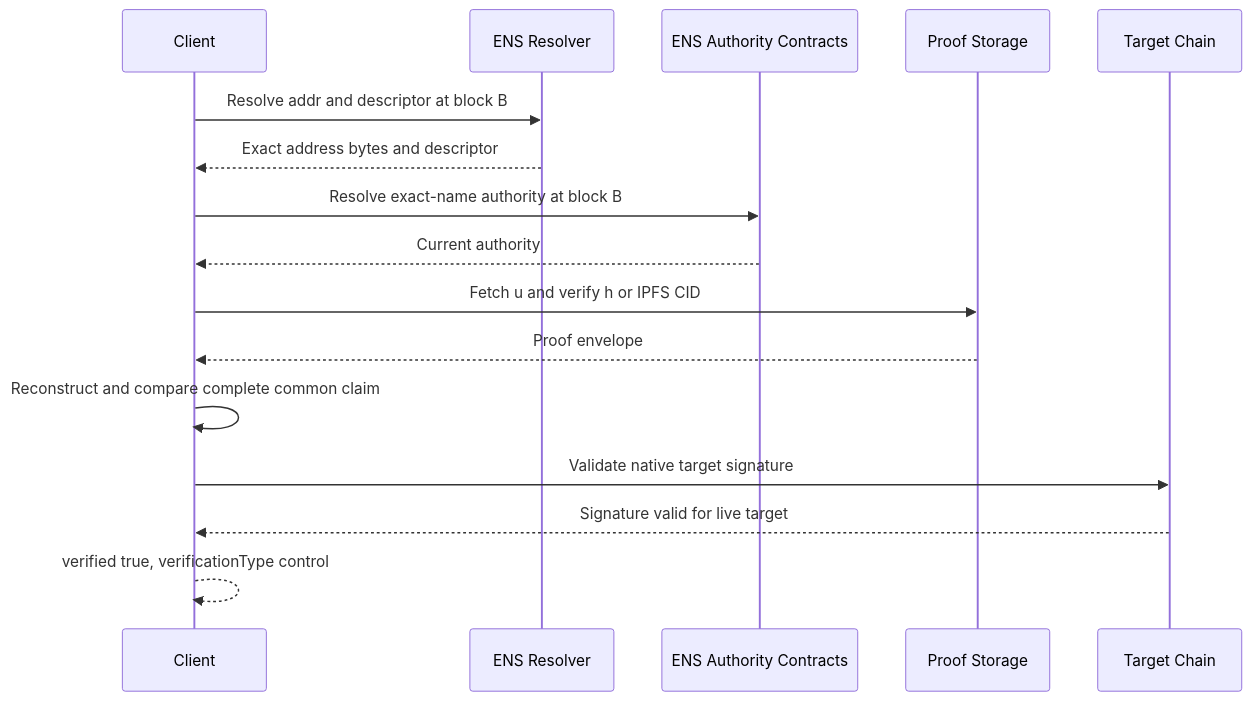
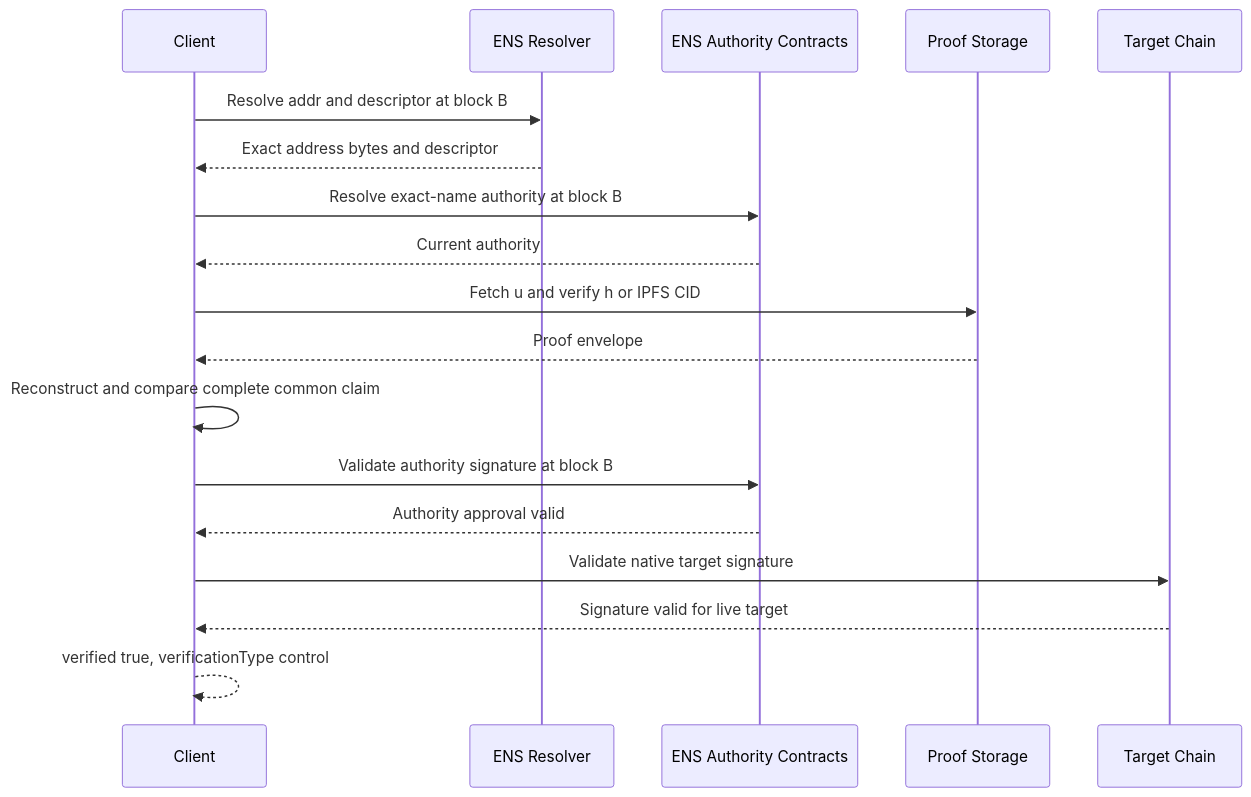
Before and after one commit to envoy1084/ensip-verification: the second of 2 diagrams in apps/web/src/pages/docs/records/addresses.mdx, drawn with Mermaid. The commit also changed other lines of this file and 11 other files, not shown here.

````diff
--- a/apps/web/src/pages/docs/records/addresses.mdx
+++ b/apps/web/src/pages/docs/records/addresses.mdx
@@ -68,19 +71,21 @@
 ```mermaid
 sequenceDiagram
   participant C as Client
   participant ENS as ENS Resolver
   participant A as ENS Authority Contracts
   participant S as Proof Storage
   participant T as Target Chain
 
   C->>ENS: Resolve addr and descriptor at block B
   ENS-->>C: Exact address bytes and descriptor
   C->>A: Resolve exact-name authority at block B
   A-->>C: Current authority
   C->>S: Fetch u and verify h or IPFS CID
   S-->>C: Proof envelope
   C->>C: Reconstruct and compare complete common claim
+  C->>A: Validate authority signature at block B
+  A-->>C: Authority approval valid
   C->>T: Validate native target signature
   T-->>C: Signature valid for live target
   C-->>C: verified true, verificationType control
 ```
````
